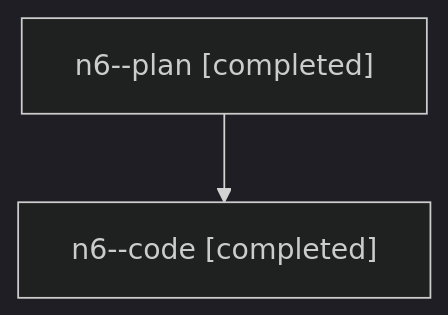
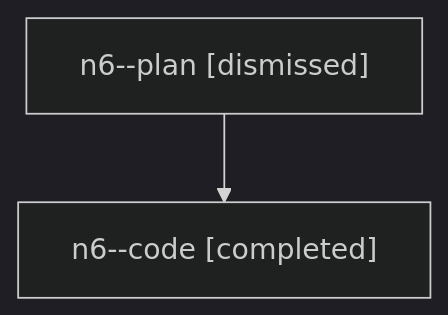
The diagram in families/bbugyi200.athena.n6.md (sase-org/sase--agents), drawn with Mermaid (dark theme) before and after one commit. The commit also changed other lines of this file and 740 other files, not shown here.

````diff
--- a/families/bbugyi200.athena.n6.md
+++ b/families/bbugyi200.athena.n6.md
@@ -9,6 +9,6 @@
 ```mermaid
 flowchart TD
-  n0["n6--plan [completed]"]
+  n0["n6--plan [dismissed]"]
   n1["n6--code [completed]"]
   n0 --> n1
 ```
````
